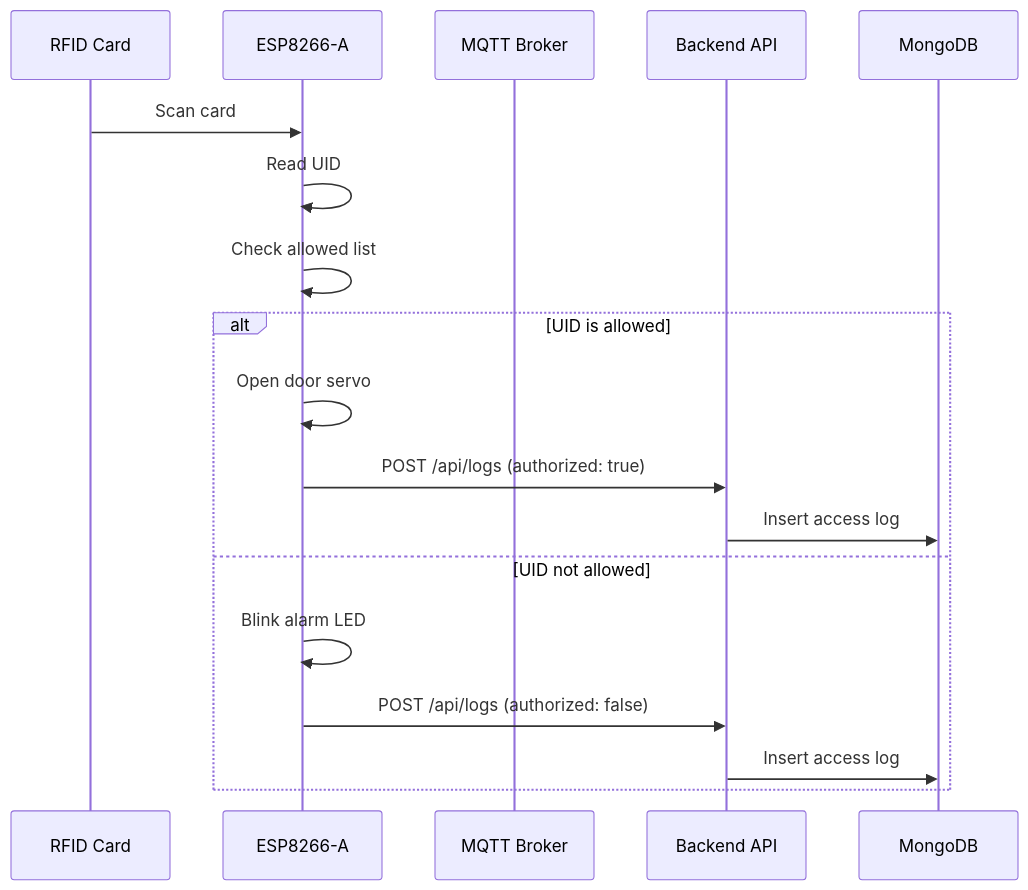
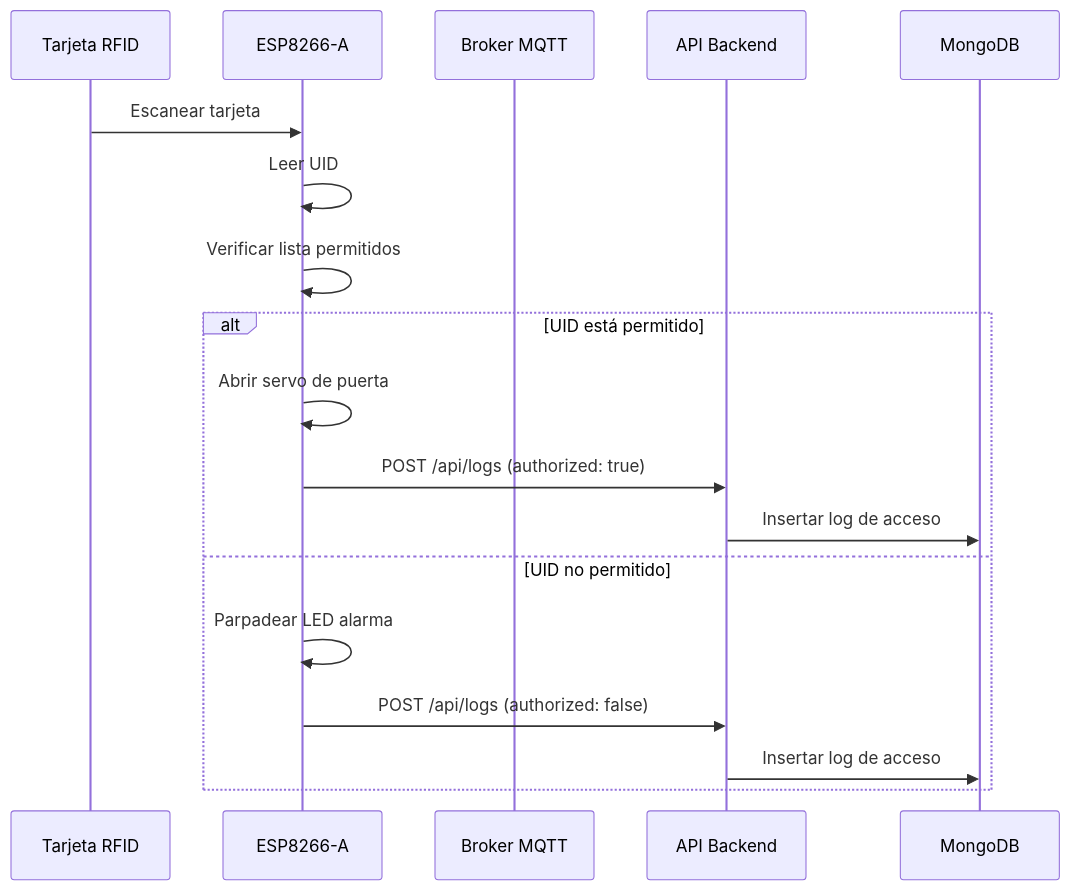
The third of 4 diagrams in docs/ARCHITECTURE.md (GerardoMejia1107/SmartRoom), drawn with Mermaid before and after one commit. The commit also changed other lines of this file and 6 other files, not shown here.

````diff
--- a/docs/ARCHITECTURE.md
+++ b/docs/ARCHITECTURE.md
@@ -377,22 +386,22 @@
 ```mermaid
 sequenceDiagram
-    participant Card as RFID Card
+    participant Card as Tarjeta RFID
     participant ESP as ESP8266-A
-    participant MQTT as MQTT Broker
-    participant API as Backend API
+    participant MQTT as Broker MQTT
+    participant API as API Backend
     participant DB as MongoDB
 
-    Card->>ESP: Scan card
-    ESP->>ESP: Read UID
-    ESP->>ESP: Check allowed list
+    Card->>ESP: Escanear tarjeta
+    ESP->>ESP: Leer UID
+    ESP->>ESP: Verificar lista permitidos
     
-    alt UID is allowed
-        ESP->>ESP: Open door servo
+    alt UID está permitido
+        ESP->>ESP: Abrir servo de puerta
         ESP->>API: POST /api/logs (authorized: true)
-        API->>DB: Insert access log
-    else UID not allowed
-        ESP->>ESP: Blink alarm LED
+        API->>DB: Insertar log de acceso
+    else UID no permitido
+        ESP->>ESP: Parpadear LED alarma
         ESP->>API: POST /api/logs (authorized: false)
-        API->>DB: Insert access log
+        API->>DB: Insertar log de acceso
     end
 ```
````
